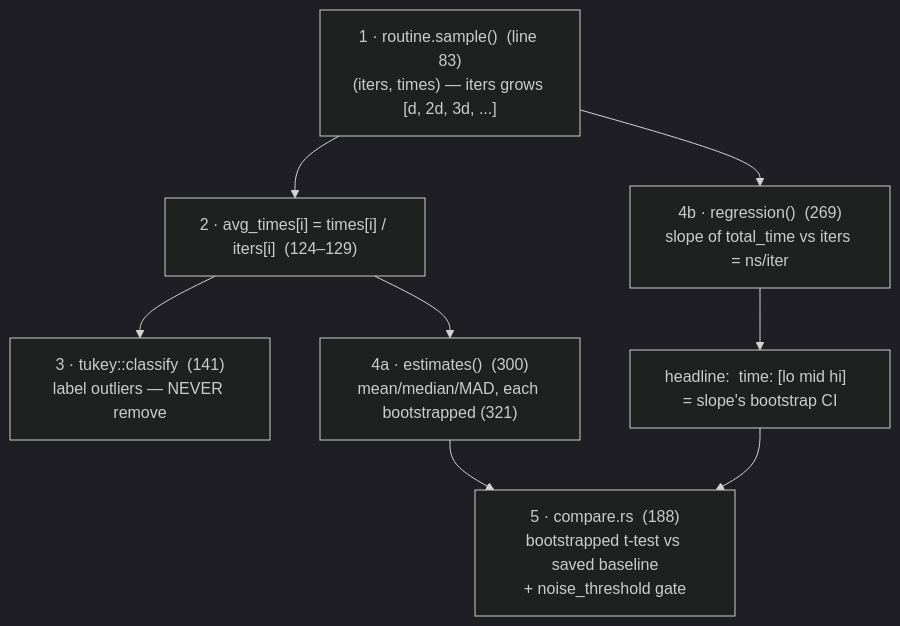
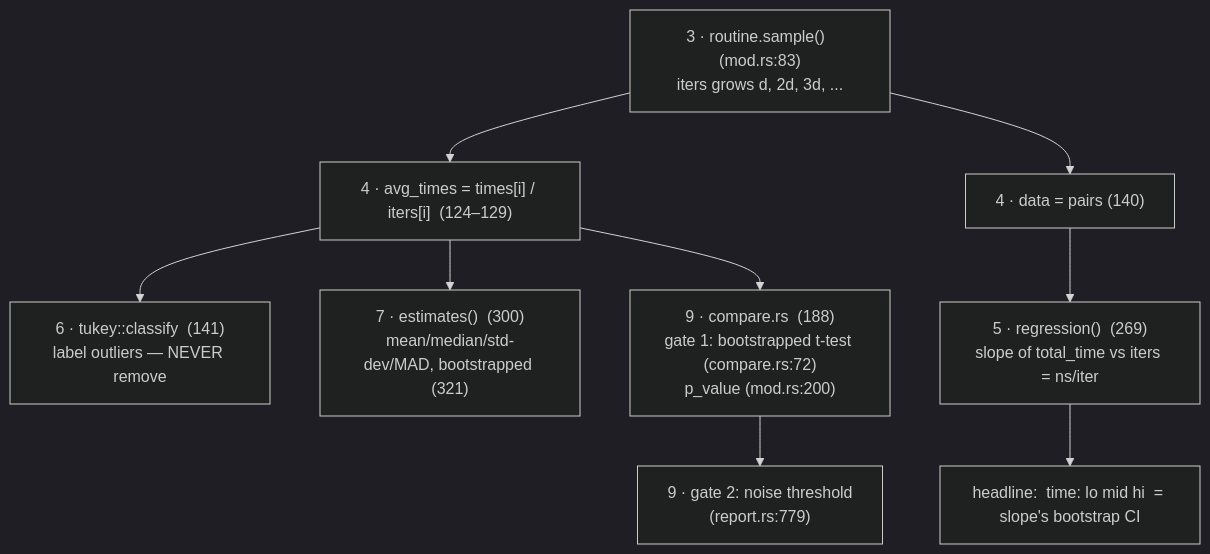
Before and after one commit to AviAvni/database-learning-path: the second of 2 diagrams in topics/00-performance-toolbox/reading-criterion.md, drawn with Mermaid (dark theme). The commit also changed other lines of this file and 3 other files, not shown here.

````diff
--- a/topics/00-performance-toolbox/reading-criterion.md
+++ b/topics/00-performance-toolbox/reading-criterion.md
@@ -210,11 +509,12 @@
 ```mermaid
 flowchart TD
-    S["1 · routine.sample()  (line 83)<br/>(iters, times) — iters grows [d, 2d, 3d, ...]"]
-    S --> N["2 · avg_times[i] = times[i] / iters[i]  (124–129)"]
-    N --> T["3 · tukey::classify  (141)<br/>label outliers — NEVER remove"]
-    N --> E["4a · estimates()  (300)<br/>mean/median/MAD, each bootstrapped (321)"]
-    S --> R["4b · regression()  (269)<br/>slope of total_time vs iters = ns/iter"]
-    R --> H["headline:  time: [lo mid hi]  = slope's bootstrap CI"]
-    E --> C["5 · compare.rs  (188)<br/>bootstrapped t-test vs saved baseline<br/>+ noise_threshold gate"]
-    H --> C
+    S["3 · routine.sample()  (mod.rs:83)<br/>iters grows d, 2d, 3d, ..."]
+    S --> N["4 · avg_times = times[i] / iters[i]  (124–129)"]
+    S --> D["4 · data = pairs  (140)"]
+    N --> T["6 · tukey::classify  (141)<br/>label outliers — NEVER remove"]
+    N --> E["7 · estimates()  (300)<br/>mean/median/std-dev/MAD, bootstrapped (321)"]
+    D --> R["5 · regression()  (269)<br/>slope of total_time vs iters = ns/iter"]
+    R --> H["headline:  time: lo mid hi  = slope's bootstrap CI"]
+    N --> C["9 · compare.rs  (188)<br/>gate 1: bootstrapped t-test (compare.rs:72)<br/>p_value (mod.rs:200)"]
+    C --> G["9 · gate 2: noise threshold<br/>(report.rs:779)"]
 ```
````
